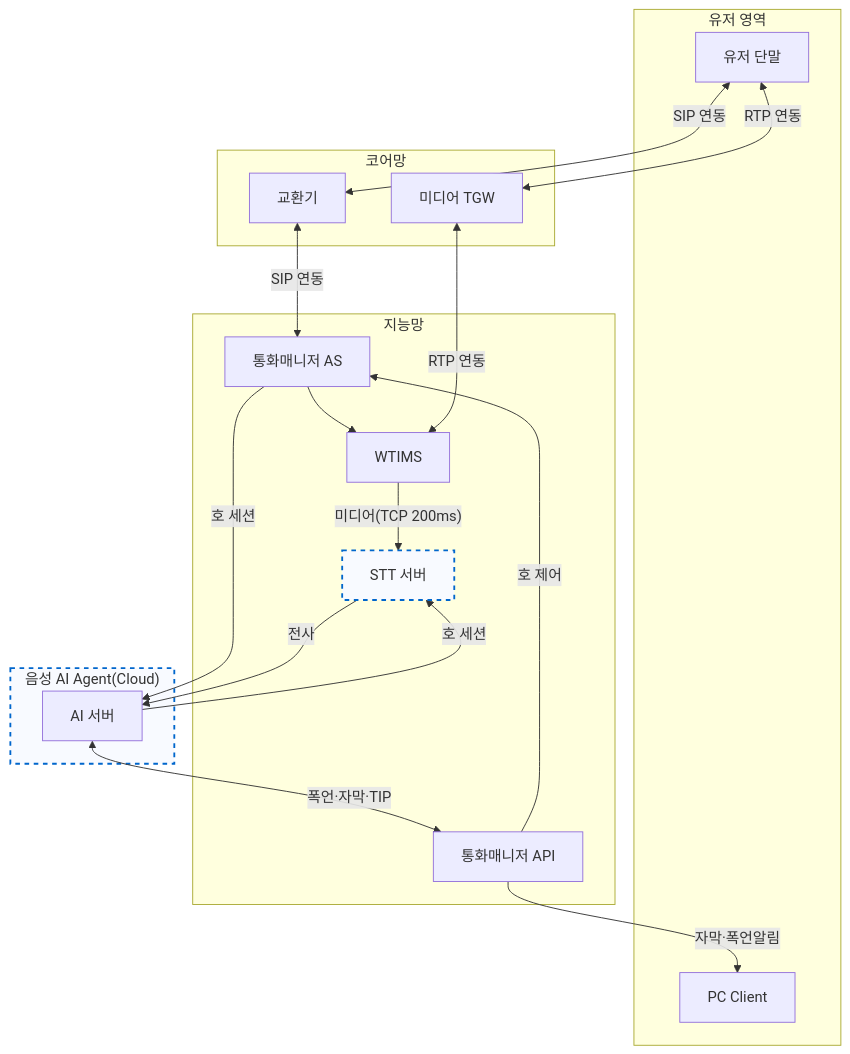
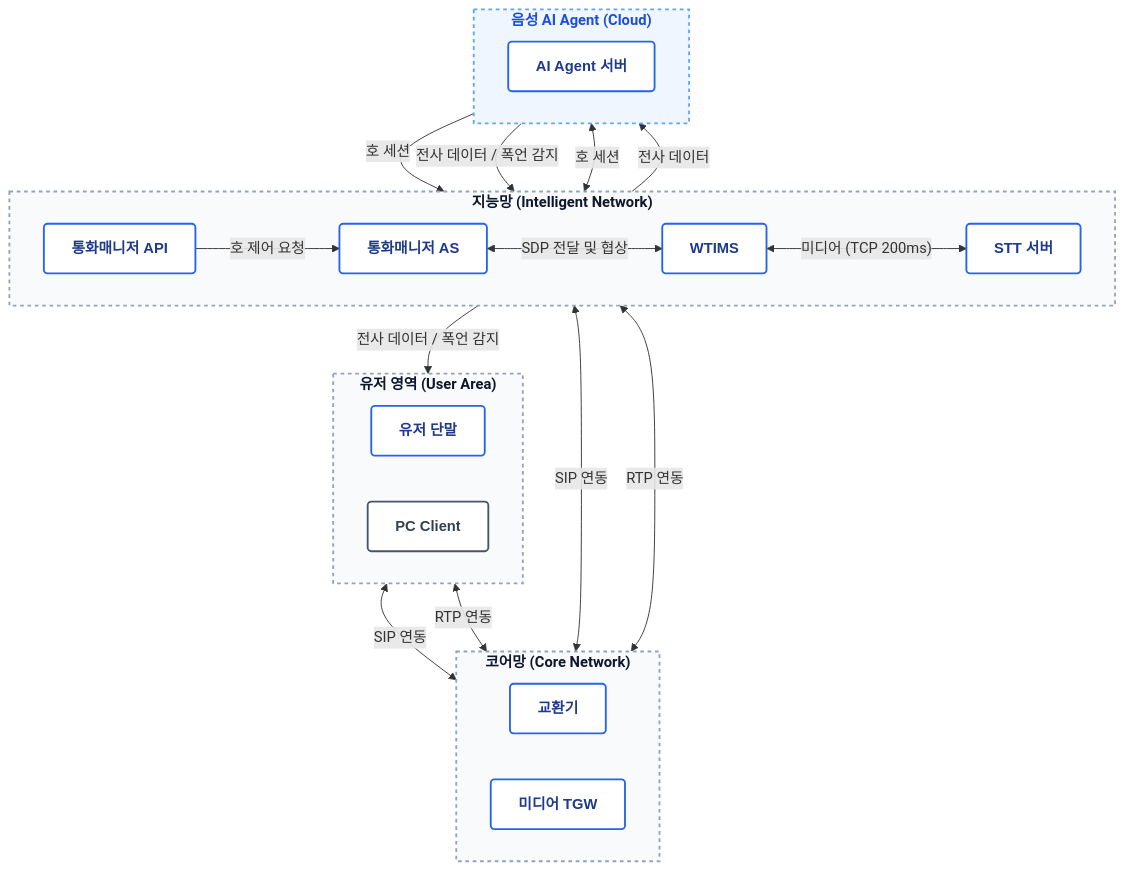
The diagram in docs/architecture/stt-agent-integration-in-stt.md (hak023/sip_pbx), drawn with Mermaid before and after one commit.

Commit message:
docs(architecture): 방안 2 다이어그램 디자인 및 가독성 개선

````diff
--- a/docs/architecture/stt-agent-integration-in-stt.md
+++ b/docs/architecture/stt-agent-integration-in-stt.md
@@ -4,43 +4,60 @@
 ```mermaid
-flowchart TB
-    subgraph USER_AREA["유저 영역"]
-        USER_DEVICE[유저 단말]
-        PC_CLIENT[PC Client]
+graph TD
+    %% 스타일 정의 (블루 & 화이트 컨설팅 펌 테마)
+    classDef default fill:#ffffff,stroke:#cbd5e1,stroke-width:1px,color:#334155,font-family:sans-serif;
+    classDef layerBox fill:#f8fafc,stroke:#94a3b8,stroke-width:2px,stroke-dasharray: 4 4,color:#0f172a,font-weight:bold;
+    classDef cloudBox fill:#eff6ff,stroke:#60a5fa,stroke-width:2px,stroke-dasharray: 4 4,color:#1d4ed8,font-weight:bold;
+    classDef nodeBox fill:#ffffff,stroke:#2563eb,stroke-width:2px,color:#1e3a8a,font-weight:bold,rx:4px,ry:4px;
+    classDef clientBox fill:#ffffff,stroke:#475569,stroke-width:2px,color:#334155,font-weight:bold,rx:4px,ry:4px;
+
+    %% 계층별 Subgraph
+    subgraph User_Area ["유저 영역 (User Area)"]
+        direction LR
+        UserTerminal["유저 단말"]:::nodeBox
+        PCClient["PC Client"]:::clientBox
     end
 
-    subgraph CORE_NETWORK["코어망"]
-        EXCHANGE_SERVER[교환기]
-        MEDIA_TGW[미디어 TGW]
+    subgraph Core_Network ["코어망 (Core Network)"]
+        direction LR
+        Switch["교환기"]:::nodeBox
+        MediaTGW["미디어 TGW"]:::nodeBox
     end
 
-    subgraph INTELLIGENT_NETWORK["지능망"]
-        CALL_MANAGER_AS[통화매니저 AS]
-        WTIMS_SERVER[WTIMS]
-        CALL_MANAGER_API[통화매니저 API]
-        IN_STT_SERVER[STT 서버]
-    end
-    style IN_STT_SERVER fill:#f8faff,stroke:#0066cc,stroke-width:2px,stroke-dasharray: 5 5
-
-    subgraph VOICE_AI_AGENT_CLOUD["음성 AI Agent(Cloud)"]
-        style VOICE_AI_AGENT_CLOUD fill:#f8faff,stroke:#0066cc,stroke-width:2px,stroke-dasharray: 5 5
-        
-        AI_SERVER[AI 서버]
+    subgraph Intelligent_Network ["지능망 (Intelligent Network)"]
+        direction LR
+        CallManagerAS["통화매니저 AS"]:::nodeBox
+        WTIMS["WTIMS"]:::nodeBox
+        CallManagerAPI["통화매니저 API"]:::nodeBox
+        STTServer["STT 서버"]:::nodeBox
     end
 
-    EXCHANGE_SERVER <-->|SIP 연동| CALL_MANAGER_AS
-    CALL_MANAGER_AS --> WTIMS_SERVER
-    USER_DEVICE <-->|SIP 연동| EXCHANGE_SERVER
-    USER_DEVICE <-->|RTP 연동| MEDIA_TGW
-    MEDIA_TGW <-->|RTP 연동| WTIMS_SERVER
+    subgraph Cloud_Agent ["음성 AI Agent (Cloud)"]
+        direction LR
+        AIAgent["AI Agent 서버"]:::nodeBox
+    end
 
-    %% 연동 구간
-    CALL_MANAGER_AS -->|호 세션| AI_SERVER
-    AI_SERVER -->|호 세션| IN_STT_SERVER
-    WTIMS_SERVER -->|"미디어(TCP 200ms)"| IN_STT_SERVER
-    IN_STT_SERVER -->|전사| AI_SERVER
+    %% 연결선 및 프로토콜 흐름
+    UserTerminal <-->|SIP 연동| Switch
+    UserTerminal <-->|RTP 연동| MediaTGW
+    
+    Switch <-->|SIP 연동| CallManagerAS
+    MediaTGW <-->|RTP 연동| WTIMS
+    
+    CallManagerAS <-->|SDP 전달 및 협상| WTIMS
+    
+    CallManagerAS <-->|호 세션| AIAgent
+    AIAgent -->|호 세션| STTServer
+    WTIMS <-->|"미디어 (TCP 200ms)"| STTServer
+    
+    STTServer -->|전사 데이터| AIAgent
+    
+    AIAgent -->|전사 데이터 / 폭언 감지| CallManagerAPI
+    CallManagerAPI -->|호 제어 요청| CallManagerAS
+    CallManagerAPI -->|전사 데이터 / 폭언 감지| PCClient
 
-    %% AI Agent 연동
-    AI_SERVER <-->|폭언·자막·TIP| CALL_MANAGER_API
-    CALL_MANAGER_API -->|호 제어| CALL_MANAGER_AS
-    CALL_MANAGER_API -->|자막·폭언알림| PC_CLIENT
+    %% 서브그래프 스타일 적용
+    class User_Area layerBox;
+    class Core_Network layerBox;
+    class Intelligent_Network layerBox;
+    class Cloud_Agent cloudBox;
 ```
````
